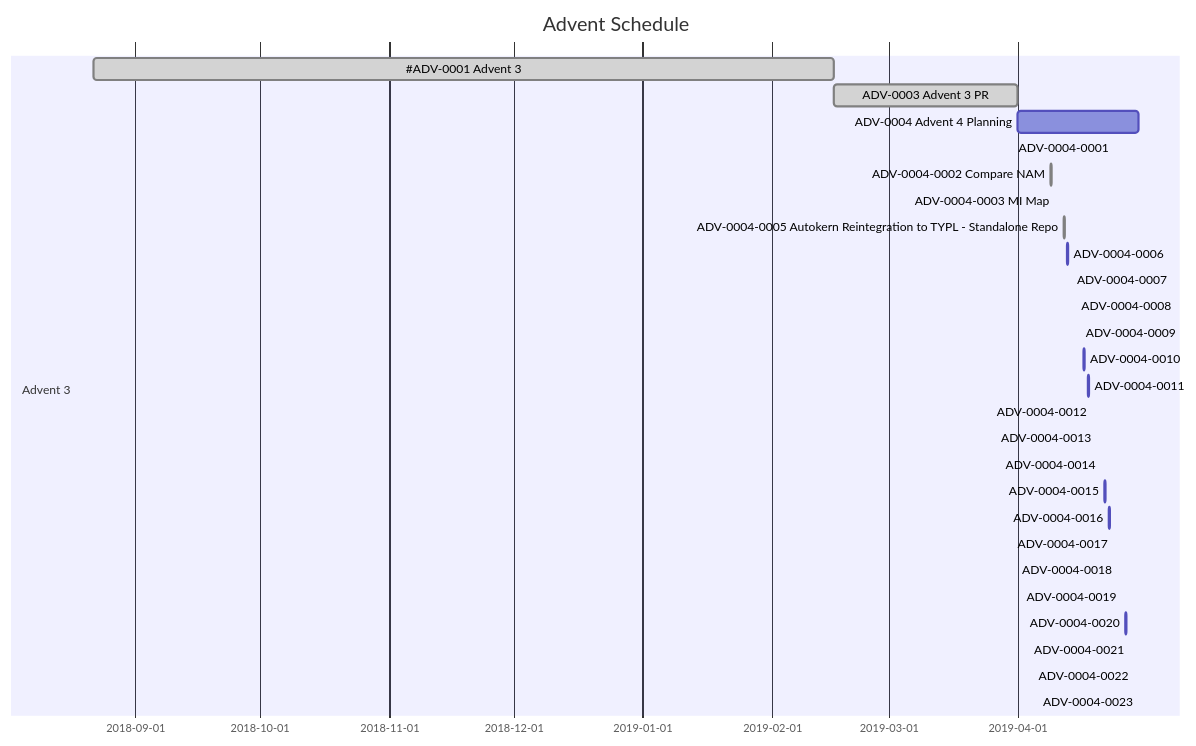
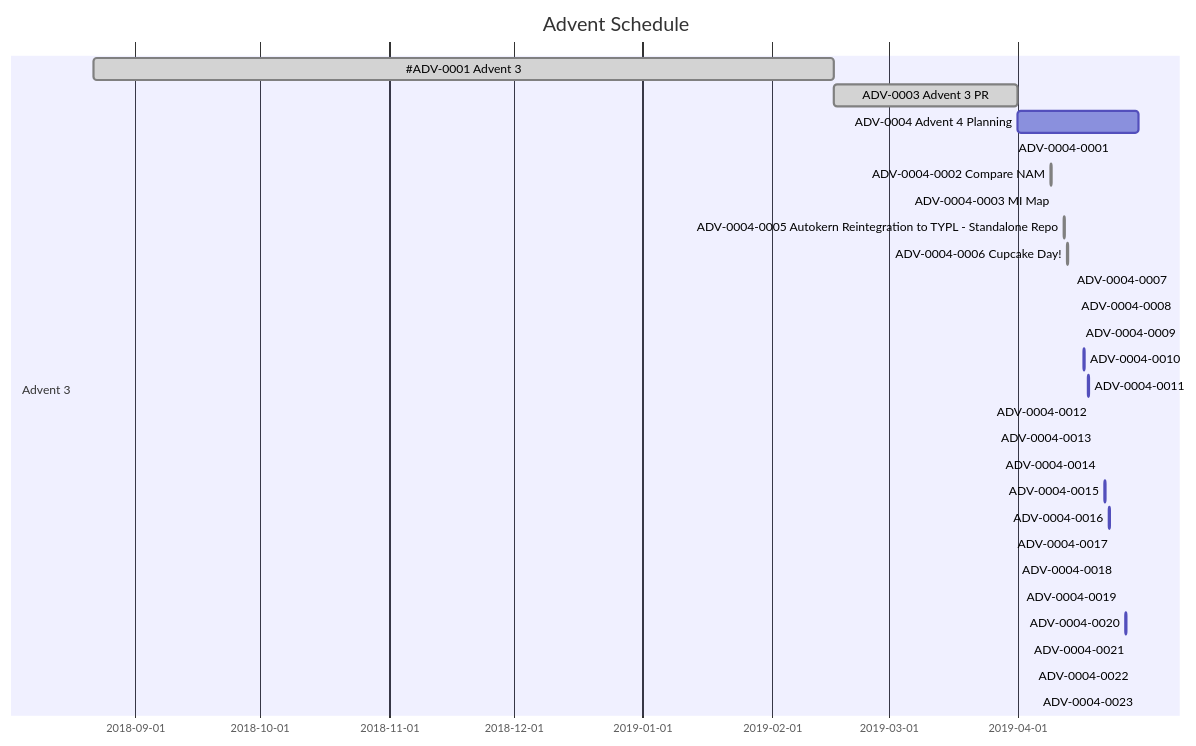
One commit to VivaRado/Advent changed the second of 2 diagrams in README.md. Above: the diagram before and after it, drawn with Mermaid. The commit also changed other lines of this file and 2 other files, not shown here.

Commit message:
Cupcake Day

````diff
--- a/README.md
+++ b/README.md
@@ -814,32 +834,32 @@
 ```mermaid
 gantt
         dateFormat  YYYY-MM-DD
         title Advent Schedule
         section Advent 3
         #ADV-0001 Advent 3:         done,des1, 2018-08-22,2019-02-16
         ADV-0003 Advent 3 PR:         done,des2, 2019-02-16, 2019-04-01
         ADV-0004 Advent 4 Planning:         des3, after des2, 2019-04-30
         ADV-0004-0001:         done, des4, 2019-03-31, 2h
         ADV-0004-0002 Compare NAM:         done, des5, 2019-04-09, 2h
         ADV-0004-0003 MI Map:         done, des6, 2019-04-10, 2h
         
         ADV-0004-0005 Autokern Reintegration to TYPL - Standalone Repo: done, des8, 2019-04-12, 6h
-        ADV-0004-0006:         des9, 2019-04-13, 2h
+        ADV-0004-0006 Cupcake Day!:         done, des9, 2019-04-13, 2h
         ADV-0004-0007:         des10, 2019-04-14, 2h
         ADV-0004-0008:         des11, 2019-04-15, 2h
         ADV-0004-0009:         des12, 2019-04-16, 2h
         ADV-0004-0010:         des13, 2019-04-17, 2h
         ADV-0004-0011:         des14, 2019-04-18, 2h
         ADV-0004-0012:         des15, 2019-04-19, 2h
         ADV-0004-0013:         des16, 2019-04-20, 2h
         ADV-0004-0014:         des17, 2019-04-21, 2h
         ADV-0004-0015:         des18, 2019-04-22, 2h
         ADV-0004-0016:         des19, 2019-04-23, 2h
         ADV-0004-0017:         des20, 2019-04-24, 2h
         ADV-0004-0018:         des21, 2019-04-25, 2h
         ADV-0004-0019:         des22, 2019-04-26, 2h
         ADV-0004-0020:         des23, 2019-04-27, 2h
         ADV-0004-0021:         des24, 2019-04-28, 2h
         ADV-0004-0022:         des25, 2019-04-29, 2h
         ADV-0004-0023:         des26, 2019-04-30, 2h
 ```
````
